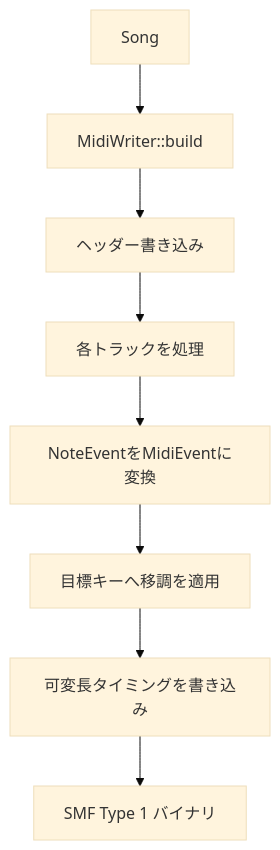
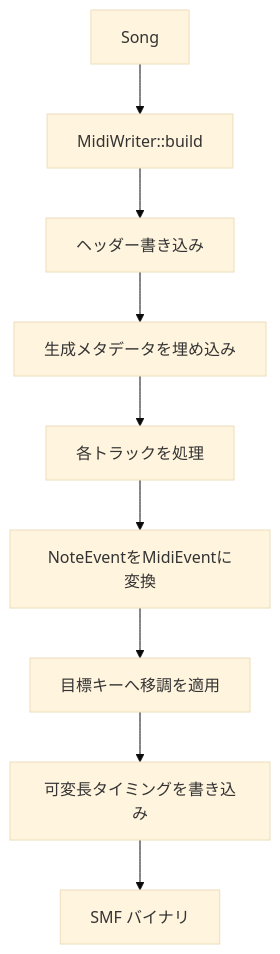
Before and after one commit to libraz/midi-sketch-homepage: the seventh of 7 diagrams in src/ja/docs/generation-pipeline.md, drawn with Mermaid (base theme). The commit also changed other lines of this file and 16 other files, not shown here.

````diff
--- a/src/ja/docs/generation-pipeline.md
+++ b/src/ja/docs/generation-pipeline.md
@@ -233,10 +302,11 @@
 ```mermaid
 flowchart TD
     A[Song] --> B[MidiWriter::build]
-    B --> C[ヘッダー書き込み]
-    C --> D[各トラックを処理]
-    D --> E[NoteEventをMidiEventに変換]
-    E --> F[目標キーへ移調を適用]
-    F --> G[可変長タイミングを書き込み]
-    G --> H[SMF Type 1 バイナリ]
+    B --> C["ヘッダー書き込み"]
+    C --> D["生成メタデータを埋め込み"]
+    D --> E["各トラックを処理"]
+    E --> F["NoteEventをMidiEventに変換"]
+    F --> G["目標キーへ移調を適用"]
+    G --> H["可変長タイミングを書き込み"]
+    H --> I["SMF バイナリ"]
 ```
````
